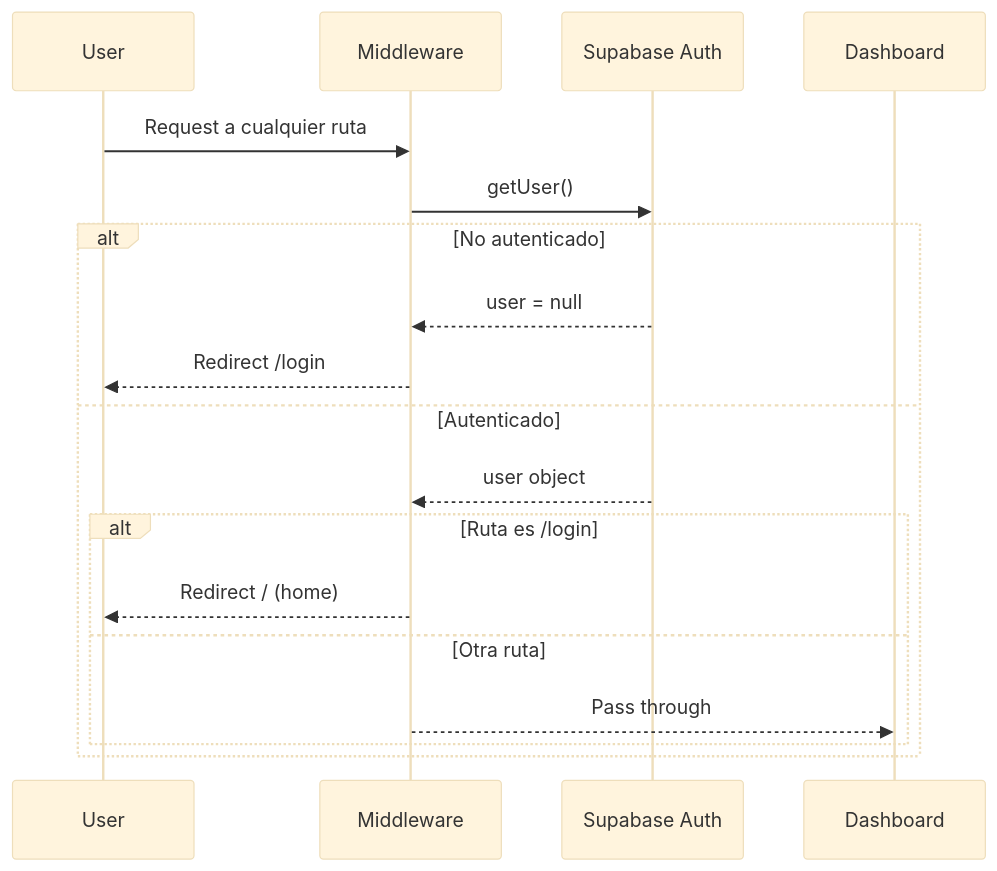
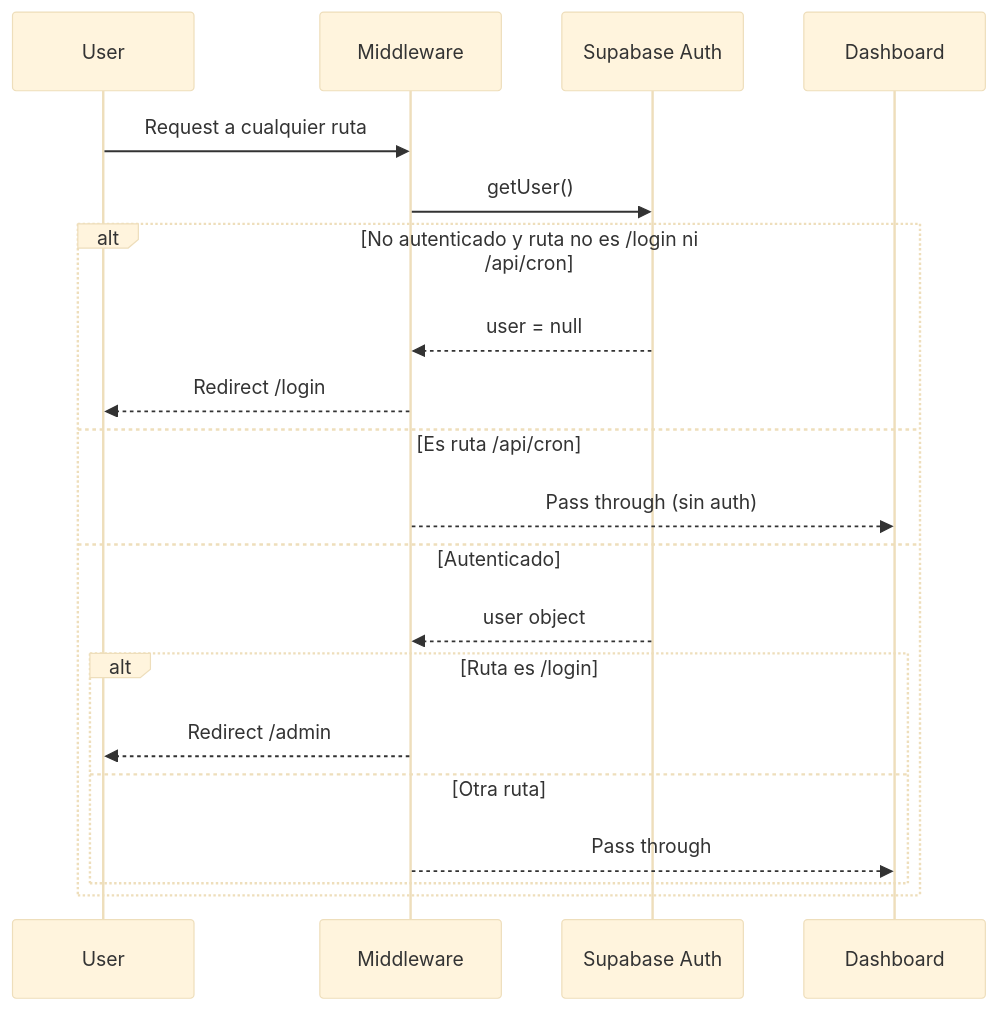
One commit to JuanDr08/Inlotrans changed the first of 2 diagrams in guia_tecnica_inlotrans.md. Above: the diagram before and after it, drawn with Mermaid (base theme). The commit also changed other lines of this file and 1 other file, not shown here.

````diff
--- a/guia_tecnica_inlotrans.md
+++ b/guia_tecnica_inlotrans.md
@@ -204,21 +206,23 @@
 ```mermaid
 sequenceDiagram
     participant User
     participant Middleware
     participant Supabase Auth
     participant Dashboard
 
     User->>Middleware: Request a cualquier ruta
     Middleware->>Supabase Auth: getUser()
-    alt No autenticado
+    alt No autenticado y ruta no es /login ni /api/cron
         Supabase Auth-->>Middleware: user = null
         Middleware-->>User: Redirect /login
+    else Es ruta /api/cron
+        Middleware-->>Dashboard: Pass through (sin auth)
     else Autenticado
         Supabase Auth-->>Middleware: user object
         alt Ruta es /login
-            Middleware-->>User: Redirect / (home)
+            Middleware-->>User: Redirect /admin
         else Otra ruta
             Middleware-->>Dashboard: Pass through
         end
     end
 ```
````
